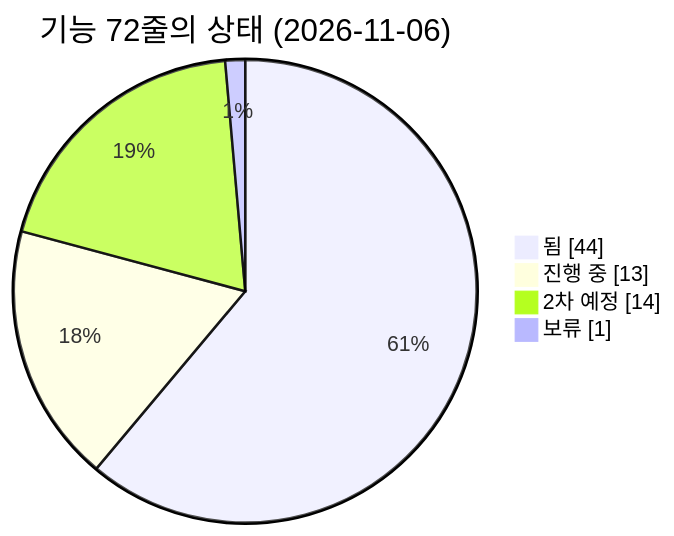
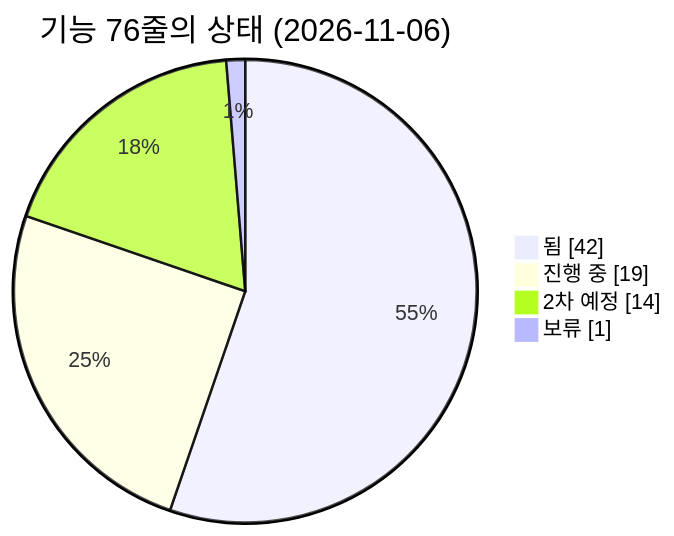
One commit to agent-ddalgi-team/final-geosan changed the first of 3 diagrams in docs/map/feature-map.md. Above: the diagram before and after it, drawn with Mermaid. The commit also changed other lines of this file, not shown here.

````diff
--- a/docs/map/feature-map.md
+++ b/docs/map/feature-map.md
@@ -31,8 +31,8 @@
 ```mermaid
 pie showData
-    title 기능 72줄의 상태 (2026-11-06)
-    "됨" : 44
-    "진행 중" : 13
+    title 기능 76줄의 상태 (2026-11-06)
+    "됨" : 42
+    "진행 중" : 19
     "2차 예정" : 14
     "보류" : 1
 ```
````
